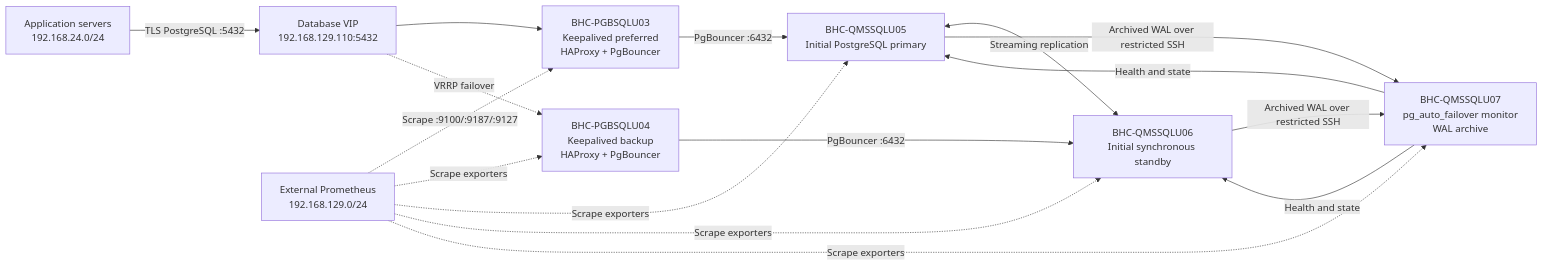
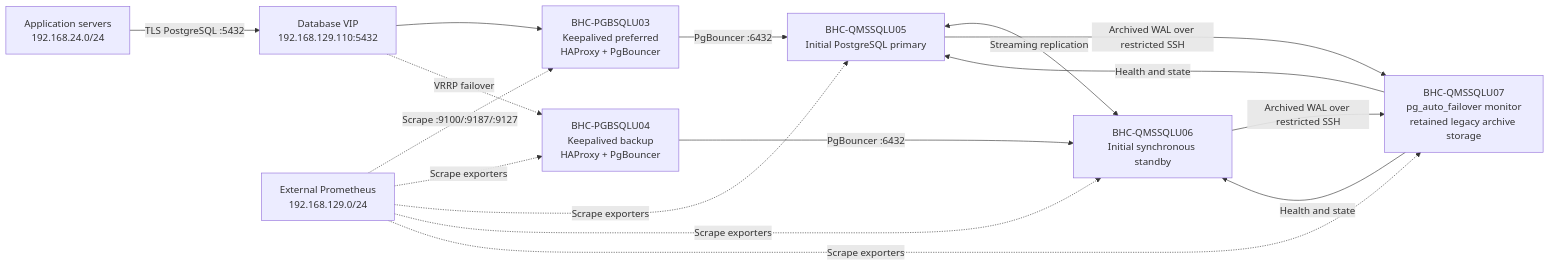
Before and after one commit to kavit-munshi/pg-ha: the diagram in ansible-pg-ha/UAT_ENVIRONMENT_HANDOVER.md, drawn with Mermaid. The commit also changed other lines of this file and 7772 other files, not shown here.

````diff
--- a/ansible-pg-ha/UAT_ENVIRONMENT_HANDOVER.md
+++ b/ansible-pg-ha/UAT_ENVIRONMENT_HANDOVER.md
@@ -55,27 +61,27 @@
 ```mermaid
 flowchart LR
     APP["Application servers<br/>192.168.24.0/24"]
     VIP["Database VIP<br/>192.168.129.110:5432"]
     R1["BHC-PGBSQLU03<br/>Keepalived preferred<br/>HAProxy + PgBouncer"]
     R2["BHC-PGBSQLU04<br/>Keepalived backup<br/>HAProxy + PgBouncer"]
     DB1["BHC-QMSSQLU05<br/>Initial PostgreSQL primary"]
     DB2["BHC-QMSSQLU06<br/>Initial synchronous standby"]
-    MON["BHC-QMSSQLU07<br/>pg_auto_failover monitor<br/>WAL archive"]
+    MON["BHC-QMSSQLU07<br/>pg_auto_failover monitor<br/>retained legacy archive storage"]
     PROM["External Prometheus<br/>192.168.129.0/24"]
 
     APP -->|"TLS PostgreSQL :5432"| VIP
     VIP --> R1
     VIP -. "VRRP failover" .-> R2
     R1 -->|"PgBouncer :6432"| DB1
     R2 -->|"PgBouncer :6432"| DB2
     DB1 <-->|"Streaming replication"| DB2
     MON -->|"Health and state"| DB1
     MON -->|"Health and state"| DB2
     DB1 -->|"Archived WAL over restricted SSH"| MON
     DB2 -->|"Archived WAL over restricted SSH"| MON
     PROM -. "Scrape :9100/:9187/:9127" .-> R1
     PROM -. "Scrape exporters" .-> R2
     PROM -. "Scrape exporters" .-> DB1
     PROM -. "Scrape exporters" .-> DB2
     PROM -. "Scrape exporters" .-> MON
 ```
````
